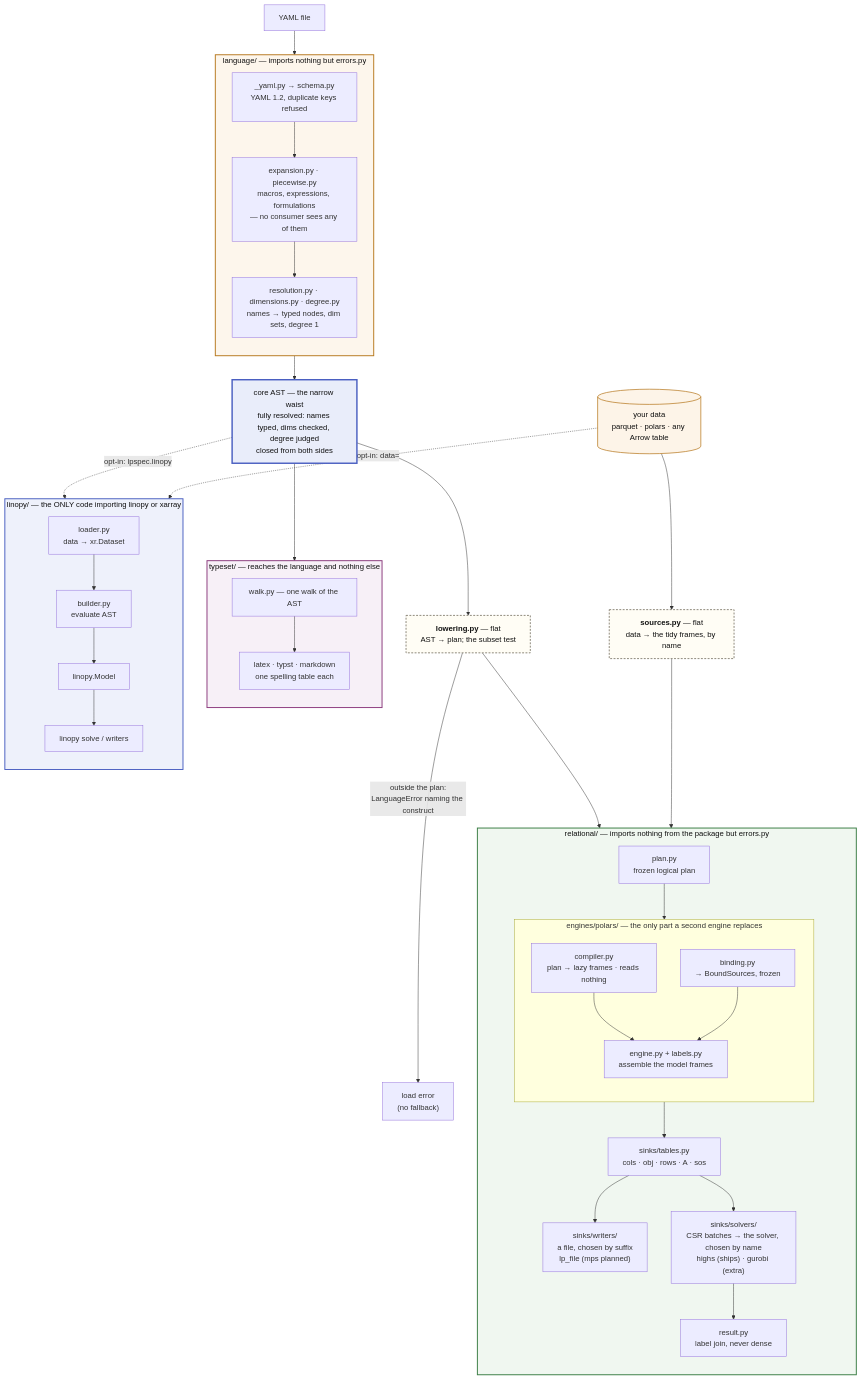
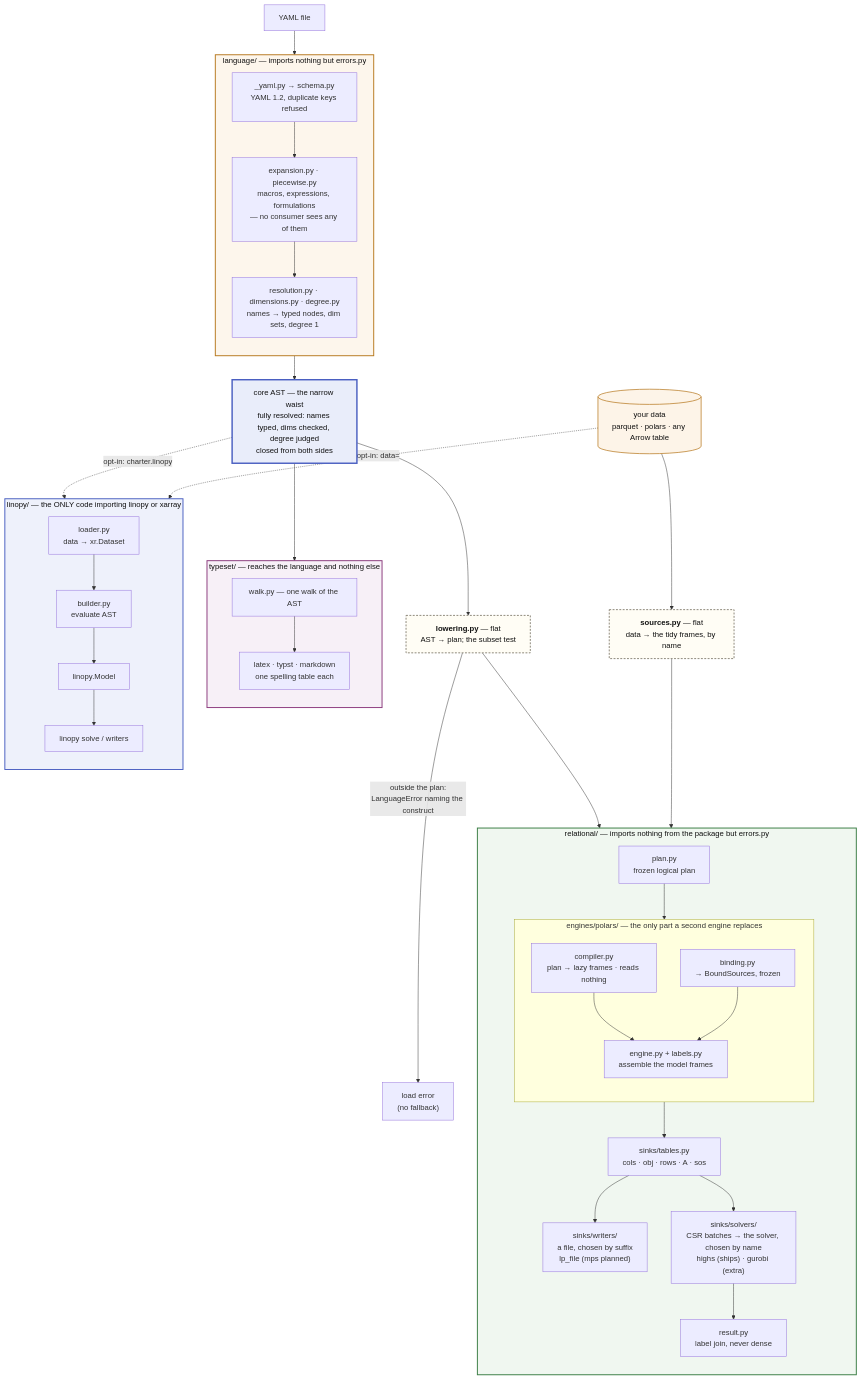
Before and after one commit to FBumann/linopy-yaml: the first of 2 diagrams in docs/ARCHITECTURE.md, drawn with Mermaid. The commit also changed other lines of this file and 244 other files, not shown here.

Commit message:
refactor(package): lpspec is now charter

````diff
--- a/docs/ARCHITECTURE.md
+++ b/docs/ARCHITECTURE.md
@@ -47,67 +47,67 @@
 ```mermaid
 flowchart TB
     Y[YAML file] --> LANG
 
     subgraph LANG["language/ — imports nothing but errors.py"]
         direction TB
         SCHEMA["_yaml.py → schema.py<br/>YAML 1.2, duplicate keys refused"]
         SCHEMA --> EXPAND["expansion.py · piecewise.py<br/>macros, expressions, formulations<br/>— no consumer sees any of them"]
         EXPAND --> RESOLVE["resolution.py · dimensions.py · degree.py<br/>names → typed nodes, dim sets, degree 1"]
     end
 
     LANG --> AST["core AST — the narrow waist<br/>fully resolved: names typed, dims checked, degree judged<br/>closed from both sides"]
 
     AST --> LOWER
     AST --> WALK
-    AST -.->|"opt-in: lpspec.linopy"| BUILD
+    AST -.->|"opt-in: charter.linopy"| BUILD
 
     DATA[("your data<br/>parquet · polars · any Arrow table")] --> SRC
     DATA -.->|"opt-in: data="| LOAD
 
     LOWER["<b>lowering.py</b> — flat<br/>AST → plan; the subset test"]
     SRC["<b>sources.py</b> — flat<br/>data → the tidy frames, by name"]
 
     LOWER --> PLAN
     SRC --> BIND
     LOWER -->|"outside the plan:<br/>LanguageError naming the construct"| ERR["load error<br/>(no fallback)"]
 
     subgraph REL["relational/ — imports nothing from the package but errors.py"]
         direction TB
         PLAN["plan.py<br/>frozen logical plan"] --> ENG
         subgraph ENG["engines/polars/ — the only part a second engine replaces"]
             direction TB
             COMP["compiler.py<br/>plan → lazy frames · reads nothing"] --> ENGINE
             BIND["binding.py<br/>→ BoundSources, frozen"] --> ENGINE["engine.py + labels.py<br/>assemble the model frames"]
         end
         ENG --> TABLES["sinks/tables.py<br/>cols · obj · rows · A · sos"]
         TABLES --> LPS["sinks/writers/<br/>a file, chosen by suffix<br/>lp_file (mps planned)"]
         TABLES --> DIRECT["sinks/solvers/<br/>CSR batches → the solver, chosen by name<br/>highs (ships) · gurobi (extra)"]
         DIRECT --> SOL["result.py<br/>label join, never dense"]
     end
 
     subgraph TS["typeset/ — reaches the language and nothing else"]
         direction TB
         WALK["walk.py — one walk of the AST"] --> FMT["latex · typst · markdown<br/>one spelling table each"]
     end
 
     subgraph EAGER["linopy/ — the ONLY code importing linopy or xarray"]
         direction TB
         LOAD["loader.py<br/>data → xr.Dataset"] --> BUILD["builder.py<br/>evaluate AST"]
         BUILD --> MODEL[linopy.Model] --> SOLVE["linopy solve / writers"]
     end
 
     classDef laneL fill:#fdf6ec,stroke:#b7791f,stroke-width:2px,color:#111
     classDef laneR fill:#f0f7f0,stroke:#3a7d44,stroke-width:2px,color:#111
     classDef laneE fill:#eef1fb,stroke:#4a5fc1,stroke-width:2px,color:#111
     classDef laneT fill:#f7f0f7,stroke:#8b3a7d,stroke-width:2px,color:#111
     classDef waist fill:#e9edfa,stroke:#4a5fc1,stroke-width:3px,color:#111
     classDef flat fill:#fffdf5,stroke:#8a8578,stroke-width:2px,stroke-dasharray:4 3,color:#111
     classDef data fill:#fdf4e8,stroke:#b7791f,stroke-width:1.5px,color:#111
     class LANG laneL
     class REL laneR
     class EAGER laneE
     class TS laneT
     class AST waist
     class LOWER,SRC flat
     class DATA data
 ```
````
